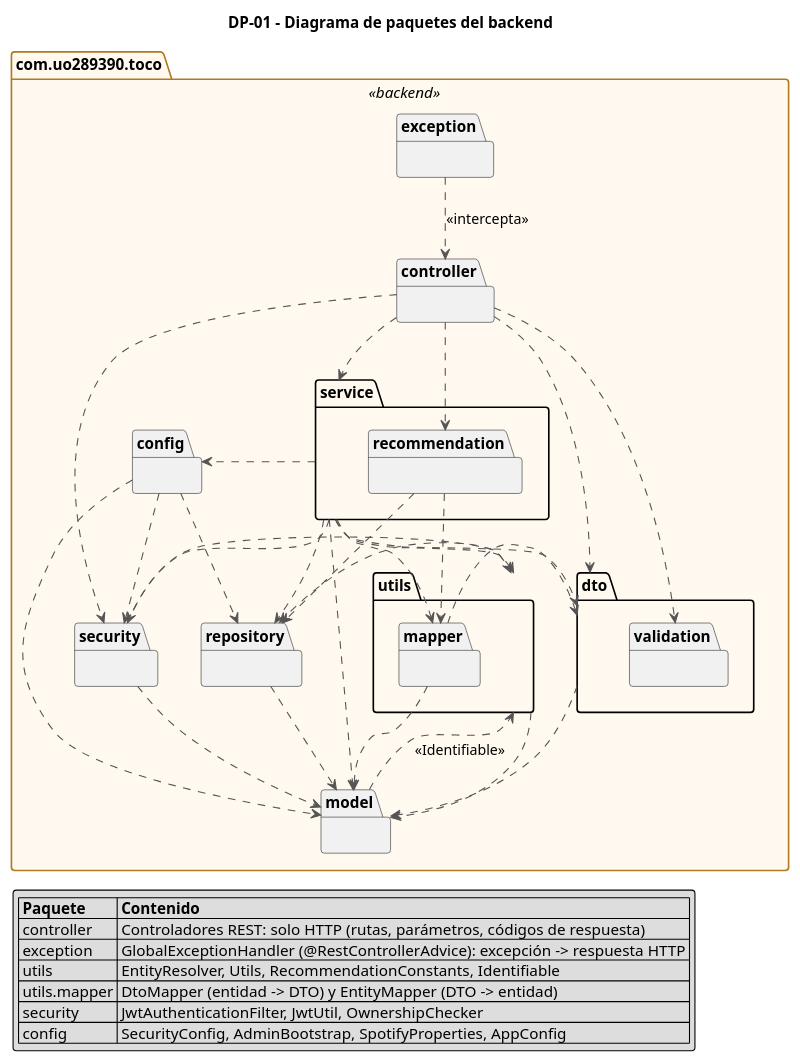
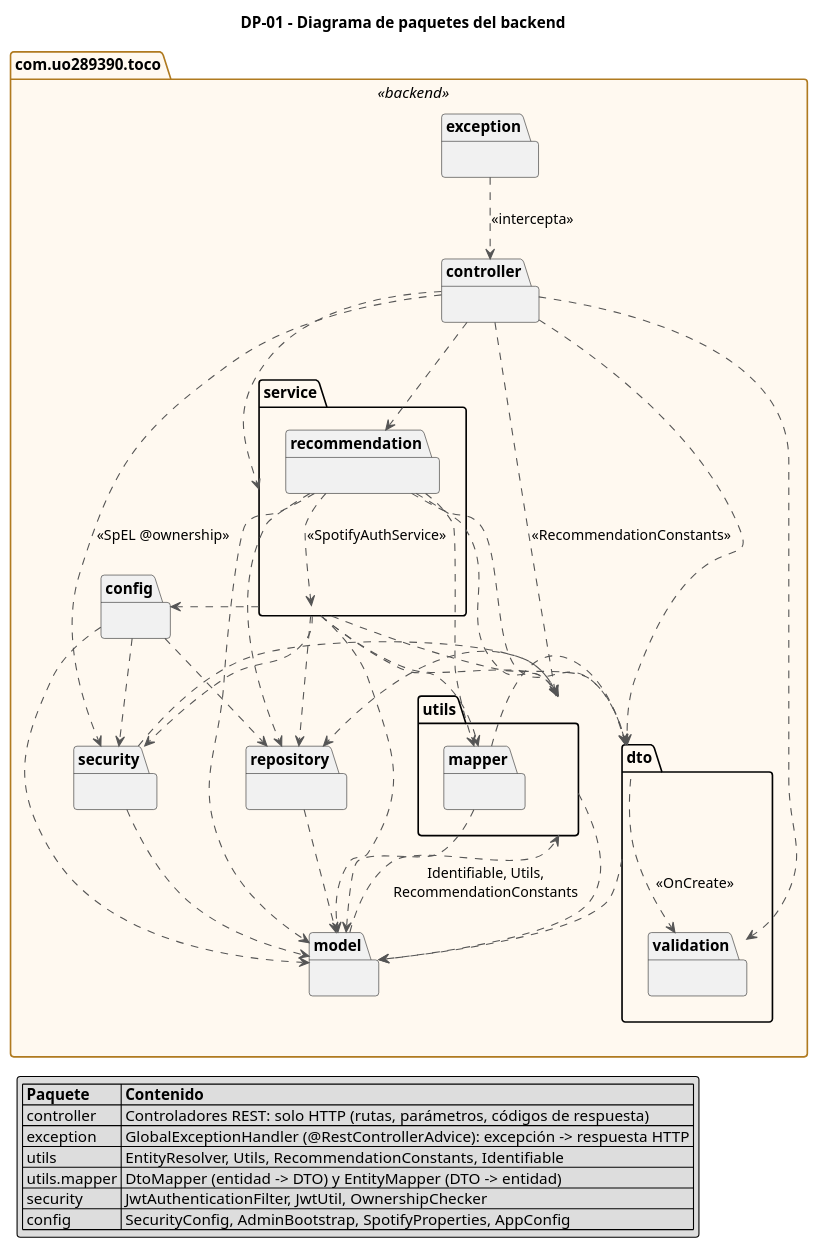
The diagram in diagrams/architecture/DP01_paquetes_backend.puml (adrianmahialoredo/TFG), drawn with PlantUML before and after one commit. The commit also changed 221 other files, not shown here.

```diff
--- a/diagrams/architecture/DP01_paquetes_backend.puml
+++ b/diagrams/architecture/DP01_paquetes_backend.puml
@@ -1,101 +1,110 @@
 @startuml DP-01
 title DP-01 - Diagrama de paquetes del backend
 
 ' Dependencias reales entre paquetes de com.uo289390.toco, sacadas de los
 ' imports del código. Una flecha A ..> B significa "A importa algo de B".
 ' Se omiten:
 '   - los imports que solo sirven para un {@link} del Javadoc
-'     (controller y utils -> exception);
-'   - dos atajos puntuales de controller hacia model / utils.mapper
-'     (RecommendationController, UserController).
+'     (controller y utils -> exception, SpotifyAuthController -> security,
+'     UserController -> model.Preferences);
+'   - el atajo puntual de controller hacia model y utils.mapper en
+'     RecommendationController (Genre, InstrumentGenre, DtoMapper).
+' controller -> security no es un import: es la expresión SpEL @ownership
+' (OwnershipChecker) de los @PreAuthorize.
 ' Capas y reglas: architecture.md (§1). Frontend en DP02_paquetes_frontend.puml.
 skinparam roundcorner 6
 skinparam packageStyle folder
 set separator none
 skinparam nodesep 40
 skinparam ranksep 55
 skinparam defaultTextAlignment center
 skinparam package {
     BackgroundColor<<backend>> #FFF9F0
     BorderColor<<backend>> #B07A1F
 }
 skinparam ArrowColor #555555
 
 package "com.uo289390.toco" <<backend>> {
 
     package "controller" as b_controller {
     }
     package "exception" as b_exception {
     }
 
     package "service" as b_service {
         package "recommendation" as b_recommendation {
         }
     }
 
     package "dto" as b_dto {
         package "validation" as b_validation {
         }
     }
 
     package "repository" as b_repository {
     }
     package "model" as b_model {
     }
 
     package "utils" as b_utils {
         package "mapper" as b_mapper {
         }
     }
 
     package "security" as b_security {
     }
     package "config" as b_config {
     }
 }
 
 b_exception ..> b_controller : <<intercepta>>
 
 b_controller ..> b_service
 b_controller ..> b_recommendation
 b_controller ..> b_dto
 b_controller ..> b_validation
-b_controller ..> b_security
+b_controller ..> b_security : <<SpEL @ownership>>
+b_controller ..> b_utils : <<RecommendationConstants>>
 
 b_service ..> b_repository
 b_service ..> b_model
 b_service ..> b_dto
 b_service ..> b_utils
 b_service ..> b_mapper
 b_service ..> b_security
 b_service ..> b_config
 
 b_recommendation ..> b_repository
+b_recommendation ..> b_model
+b_recommendation ..> b_dto
+b_recommendation ..> b_utils
 b_recommendation ..> b_mapper
+b_recommendation ..> b_service : <<SpotifyAuthService>>
 
 b_repository ..> b_model
 b_dto ..> b_model
+b_dto ..> b_validation : <<OnCreate>>
 b_mapper ..> b_model
 b_mapper ..> b_dto
 b_utils ..> b_repository
 b_utils ..> b_model
-b_model ..> b_utils : <<Identifiable>>
+b_model ..> b_utils : «Identifiable, Utils,\nRecommendationConstants»
 
 b_security ..> b_model
 b_security ..> b_utils
 b_config ..> b_security
 b_config ..> b_repository
 b_config ..> b_model
 
 
 legend bottom left
   |= Paquete |= Contenido |
   | controller | Controladores REST: solo HTTP (rutas, parámetros, códigos de respuesta) |
   | exception | GlobalExceptionHandler (@RestControllerAdvice): excepción -> respuesta HTTP |
   | utils | EntityResolver, Utils, RecommendationConstants, Identifiable |
   | utils.mapper | DtoMapper (entidad -> DTO) y EntityMapper (DTO -> entidad) |
   | security | JwtAuthenticationFilter, JwtUtil, OwnershipChecker |
   | config | SecurityConfig, AdminBootstrap, SpotifyProperties, AppConfig |
 endlegend
 
 @enduml
```
